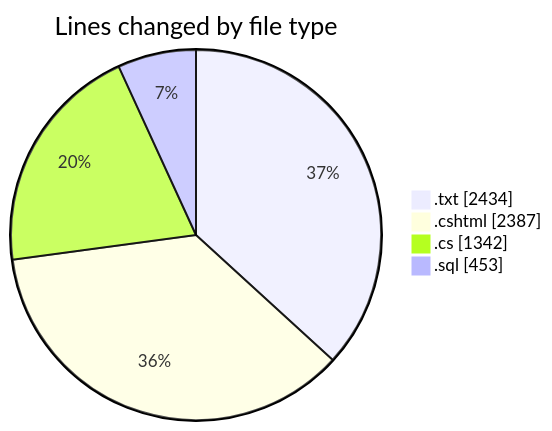
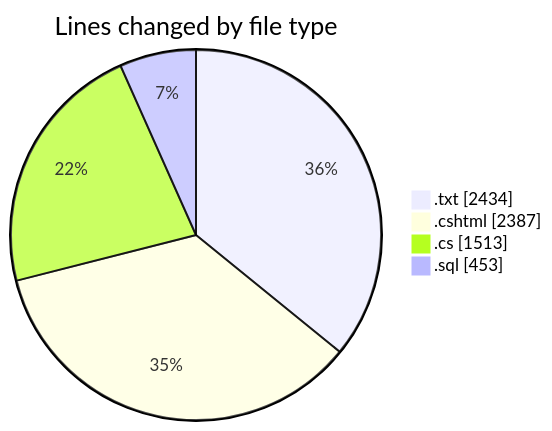
Before and after one commit to lephambinh05/code-tracking: the first of 2 diagrams in 2025-07-25/quanlyrapchieuphim-1/README.md, drawn with Mermaid. The commit also changed other lines of this file and 1 other file, not shown here.

````diff
--- a/2025-07-25/quanlyrapchieuphim-1/README.md
+++ b/2025-07-25/quanlyrapchieuphim-1/README.md
@@ -26,8 +30,8 @@
 ```mermaid
 pie showData
 title Lines changed by file type
 ".txt" : 2434
 ".cshtml" : 2387
-".cs" : 1342
+".cs" : 1513
 ".sql" : 453
 ```
````
